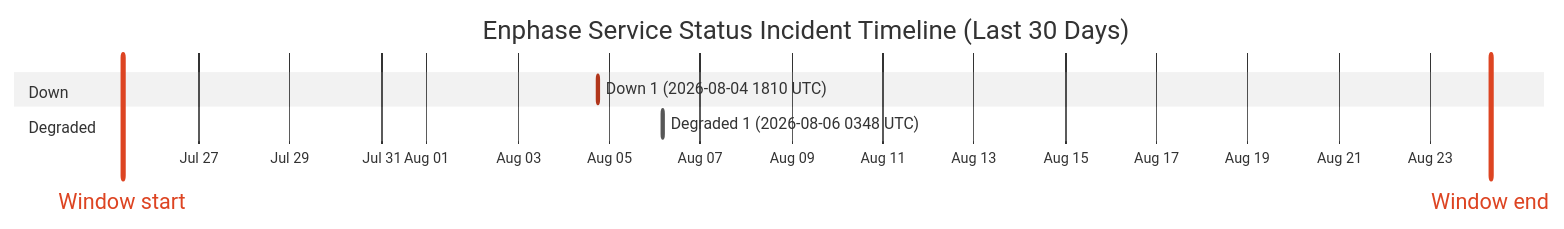
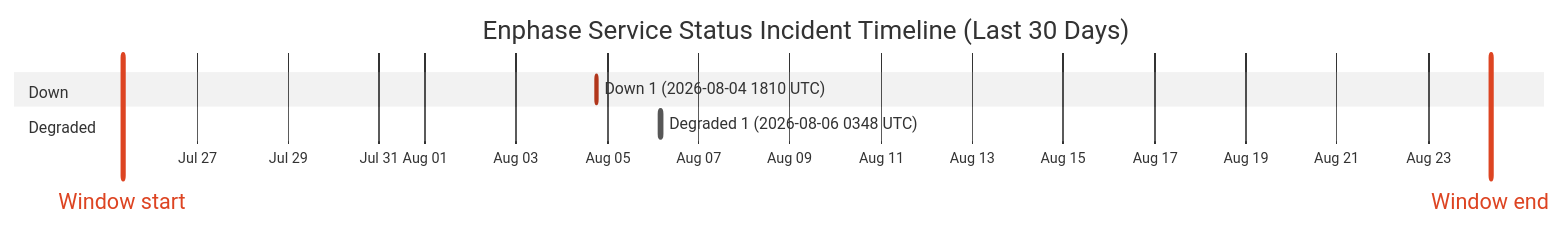
One commit to barneyonline/ha-enphase-energy changed the diagram in wiki/Service-Status-History.md. Above: the diagram before and after it, drawn with Mermaid (neutral theme). The commit also changed other lines of this file and 3 other files, not shown here.

````diff
--- a/wiki/Service-Status-History.md
+++ b/wiki/Service-Status-History.md
@@ -14,12 +14,12 @@
 ```mermaid
 gantt
     title Enphase Service Status Incident Timeline (Last 30 Days)
     dateFormat  YYYY-MM-DDTHH:mm:ss
     axisFormat  %b %d
-    Window start :vert, window-start, 2026-07-25T07:56:17, 0ms
-    Window end :vert, window-end, 2026-08-24T07:56:17, 0ms
+    Window start :vert, window-start, 2026-07-25T08:49:15, 0ms
+    Window end :vert, window-end, 2026-08-24T08:49:15, 0ms
     section Down
     Down 1 (2026-08-04 1810 UTC) :crit, down-1, 2026-08-04T18:10:46, 60m
     section Degraded
     Degraded 1 (2026-08-06 0348 UTC) :active, degraded-1, 2026-08-06T03:48:14, 60m
 ```
````
